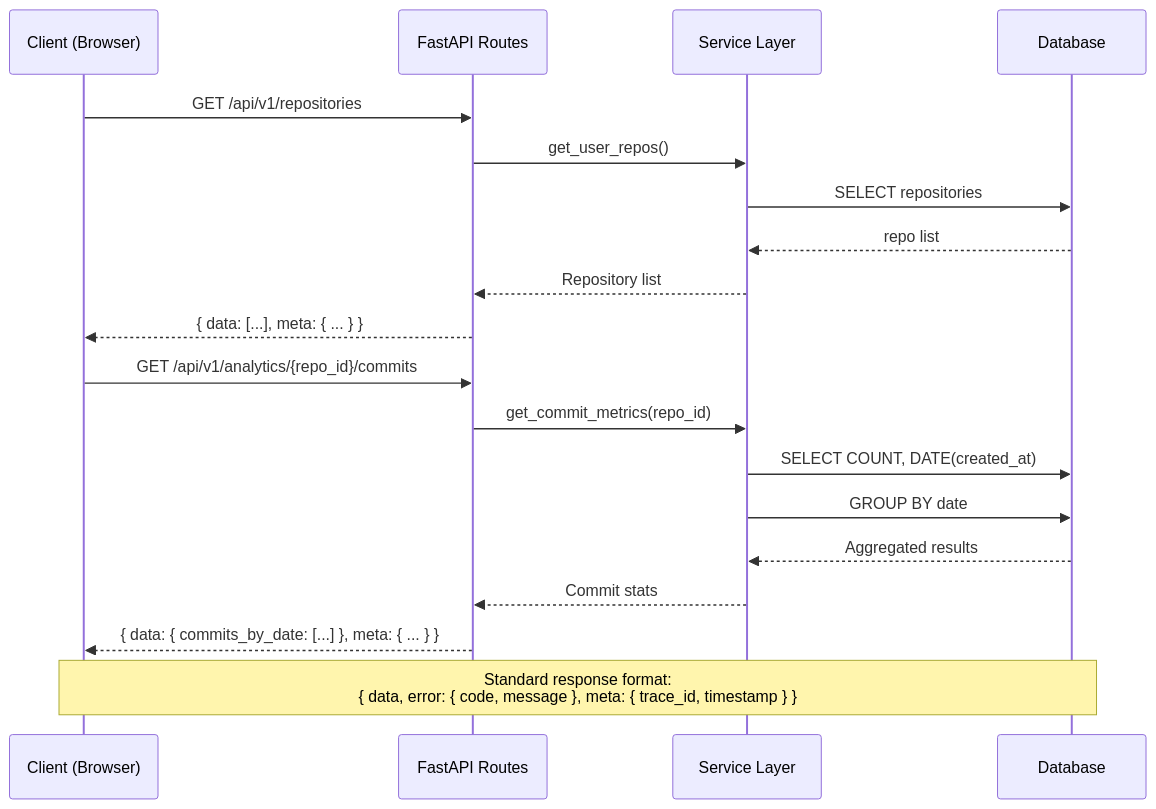
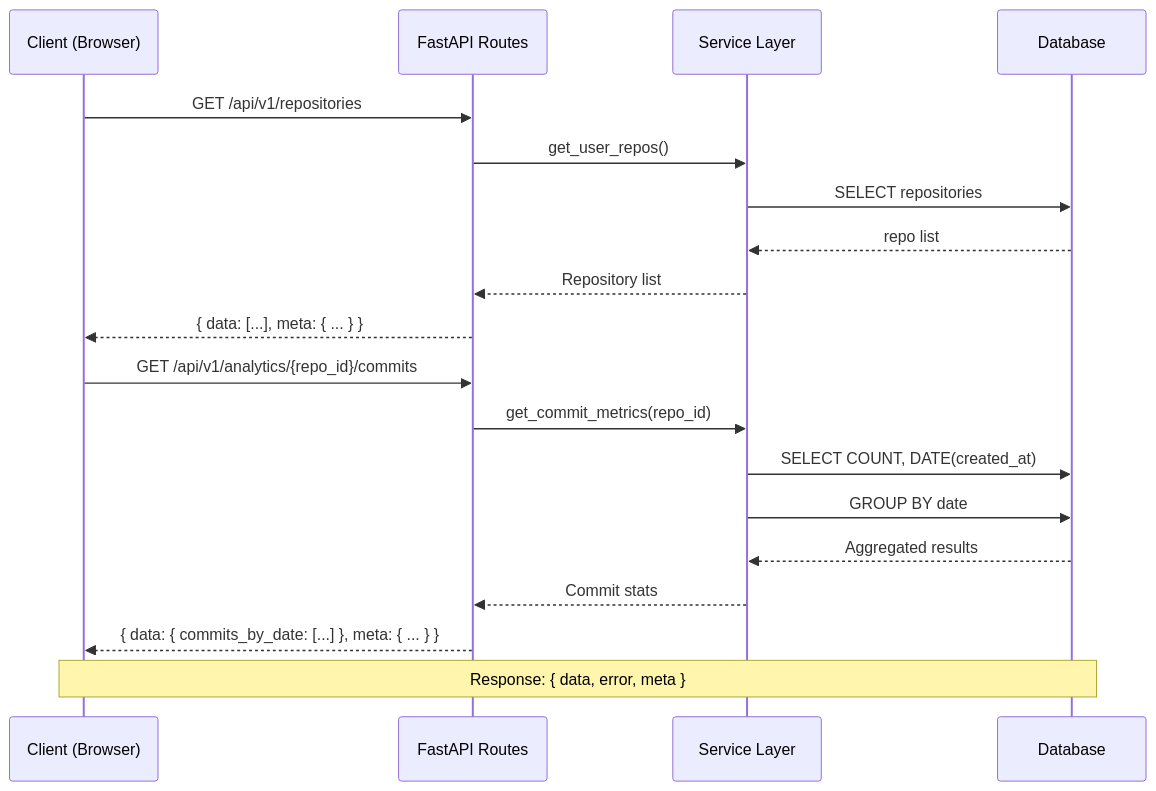
Before and after one commit to kh4i-dev/git-analytics: the eighth of 9 diagrams in docs/cong-nghe-va-kien-truc.md, drawn with Mermaid.

Commit message:
fix: remove <br> from Mermaid Note line that broke rendering

````diff
--- a/docs/cong-nghe-va-kien-truc.md
+++ b/docs/cong-nghe-va-kien-truc.md
@@ -259,24 +259,24 @@
 ```mermaid
 sequenceDiagram
     participant Client as Client (Browser)
     participant API as FastAPI Routes
     participant Service as Service Layer
     participant DB as Database
 
     Client->>API: GET /api/v1/repositories
     API->>Service: get_user_repos()
     Service->>DB: SELECT repositories
     DB-->>Service: repo list
     Service-->>API: Repository list
     API-->>Client: { data: [...], meta: { ... } }
 
     Client->>API: GET /api/v1/analytics/{repo_id}/commits
     API->>Service: get_commit_metrics(repo_id)
     Service->>DB: SELECT COUNT, DATE(created_at)
     Service->>DB: GROUP BY date
     DB-->>Service: Aggregated results
     Service-->>API: Commit stats
     API-->>Client: { data: { commits_by_date: [...] }, meta: { ... } }
 
-    Note over Client,DB: Standard response format:<br>{ data, error: { code, message }, meta: { trace_id, timestamp } }
+    Note over Client,DB: Response: { data, error, meta }
 ```
````
